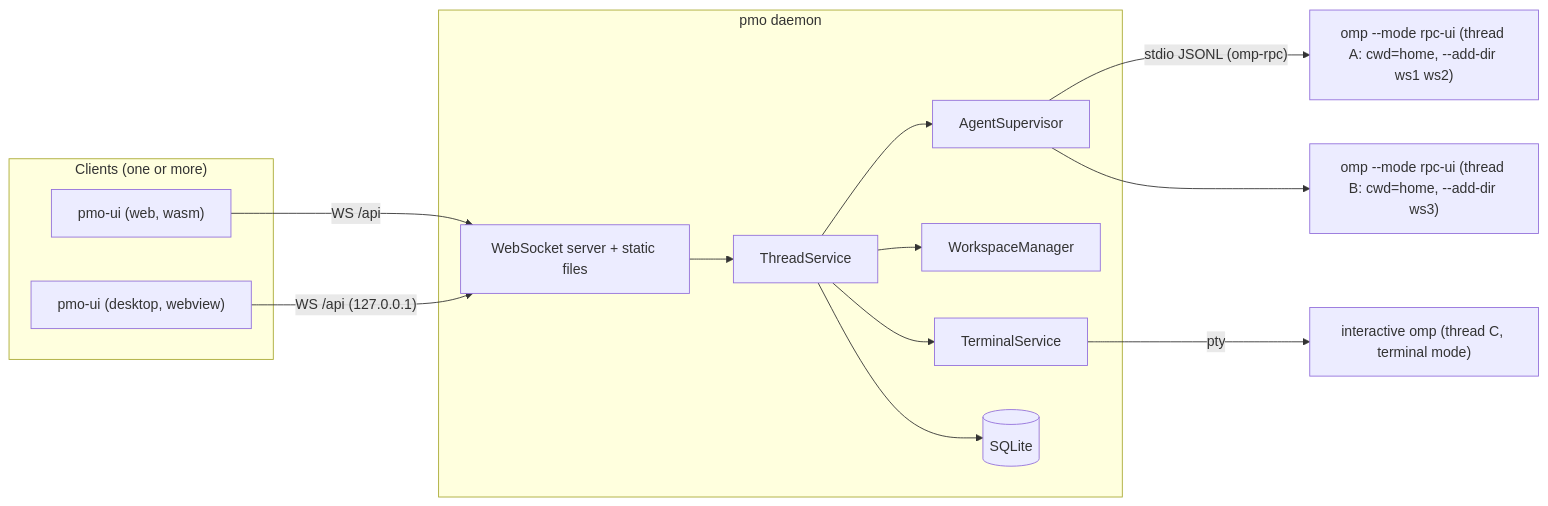
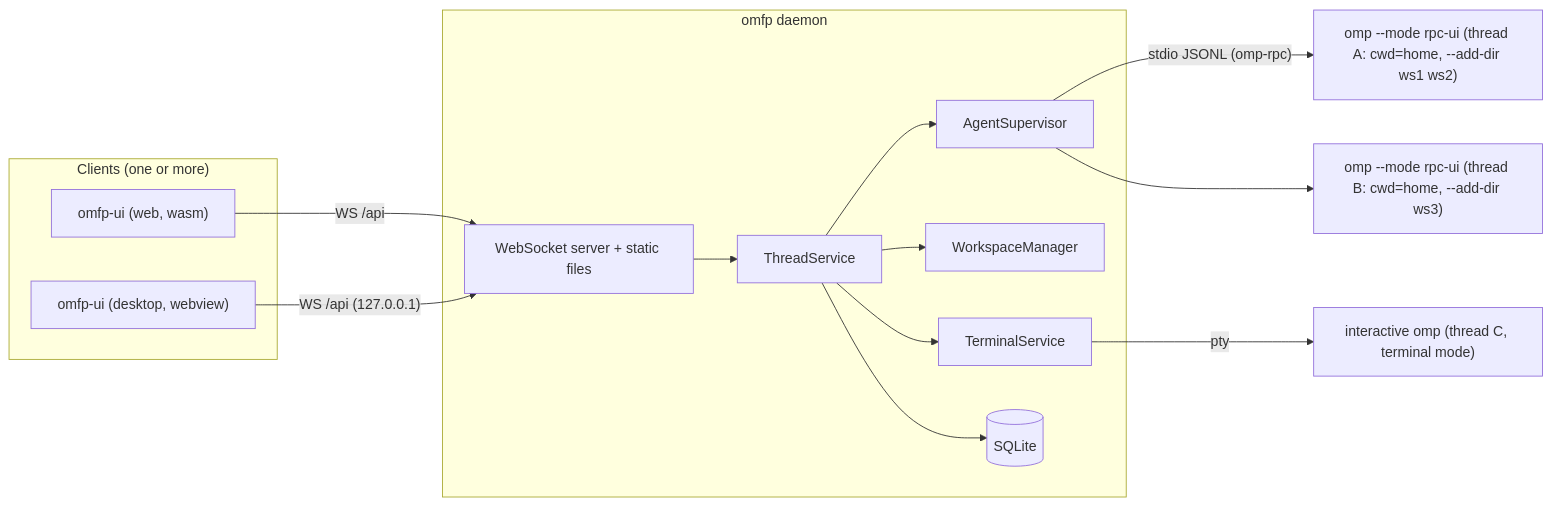
One commit to TonioGela/omfp changed the second of 3 diagrams in docs/specs/00-overview.md. Above: the diagram before and after it, drawn with Mermaid. The commit also changed other lines of this file and 260 other files, not shown here.

````diff
--- a/docs/specs/00-overview.md
+++ b/docs/specs/00-overview.md
@@ -47,23 +47,23 @@
 ```mermaid
 flowchart LR
   subgraph client["Clients (one or more)"]
-    W["pmo-ui (web, wasm)"]
-    D["pmo-ui (desktop, webview)"]
+    W["omfp-ui (web, wasm)"]
+    D["omfp-ui (desktop, webview)"]
   end
-  subgraph daemon["pmo daemon"]
+  subgraph daemon["omfp daemon"]
     WS[WebSocket server + static files]
     TS[ThreadService]
     SUP[AgentSupervisor]
     WK[WorkspaceManager]
     PTY[TerminalService]
     DB[(SQLite)]
   end
   W -- "WS /api" --> WS
   D -- "WS /api (127.0.0.1)" --> WS
   WS --> TS
   TS --> SUP & WK & DB
   TS --> PTY
   SUP -- "stdio JSONL (omp-rpc)" --> O1["omp --mode rpc-ui (thread A: cwd=home, --add-dir ws1 ws2)"]
   SUP --> O2["omp --mode rpc-ui (thread B: cwd=home, --add-dir ws3)"]
   PTY -- "pty" --> OTERM["interactive omp (thread C, terminal mode)"]
 ```
````
